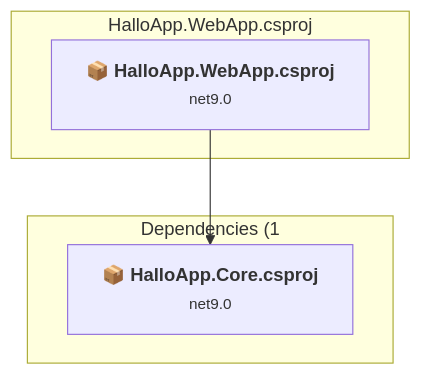
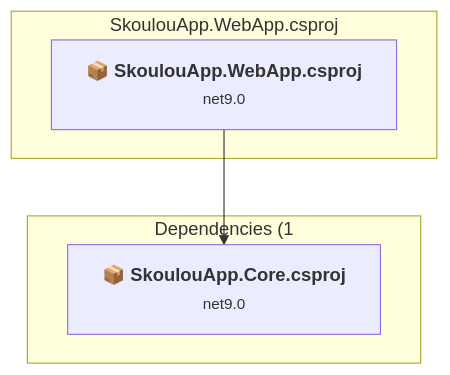
Before and after one commit to TabloSuite/TabloSuiteRepo: the fourth of 4 diagrams in .github/upgrades/scenarios/dotnet-version-upgrade/assessment.md, drawn with Mermaid. The commit also changed other lines of this file and 415 other files, not shown here.

````diff
--- a/.github/upgrades/scenarios/dotnet-version-upgrade/assessment.md
+++ b/.github/upgrades/scenarios/dotnet-version-upgrade/assessment.md
@@ -237,13 +237,13 @@
 ```mermaid
 flowchart TB
-    subgraph current["HalloApp.WebApp.csproj"]
-        MAIN["<b>📦&nbsp;HalloApp.WebApp.csproj</b><br/><small>net9.0</small>"]
-        click MAIN "#halloappwebapphalloappwebappcsproj"
+    subgraph current["SkoulouApp.WebApp.csproj"]
+        MAIN["<b>📦&nbsp;SkoulouApp.WebApp.csproj</b><br/><small>net9.0</small>"]
+        click MAIN "#skoulouappwebappskoulouappwebappcsproj"
     end
     subgraph downstream["Dependencies (1"]
-        P1["<b>📦&nbsp;HalloApp.Core.csproj</b><br/><small>net9.0</small>"]
-        click P1 "#halloappcorehalloappcorecsproj"
+        P1["<b>📦&nbsp;SkoulouApp.Core.csproj</b><br/><small>net9.0</small>"]
+        click P1 "#skoulouappcoreskoulouappcorecsproj"
     end
     MAIN --> P1
 
 ```
````
